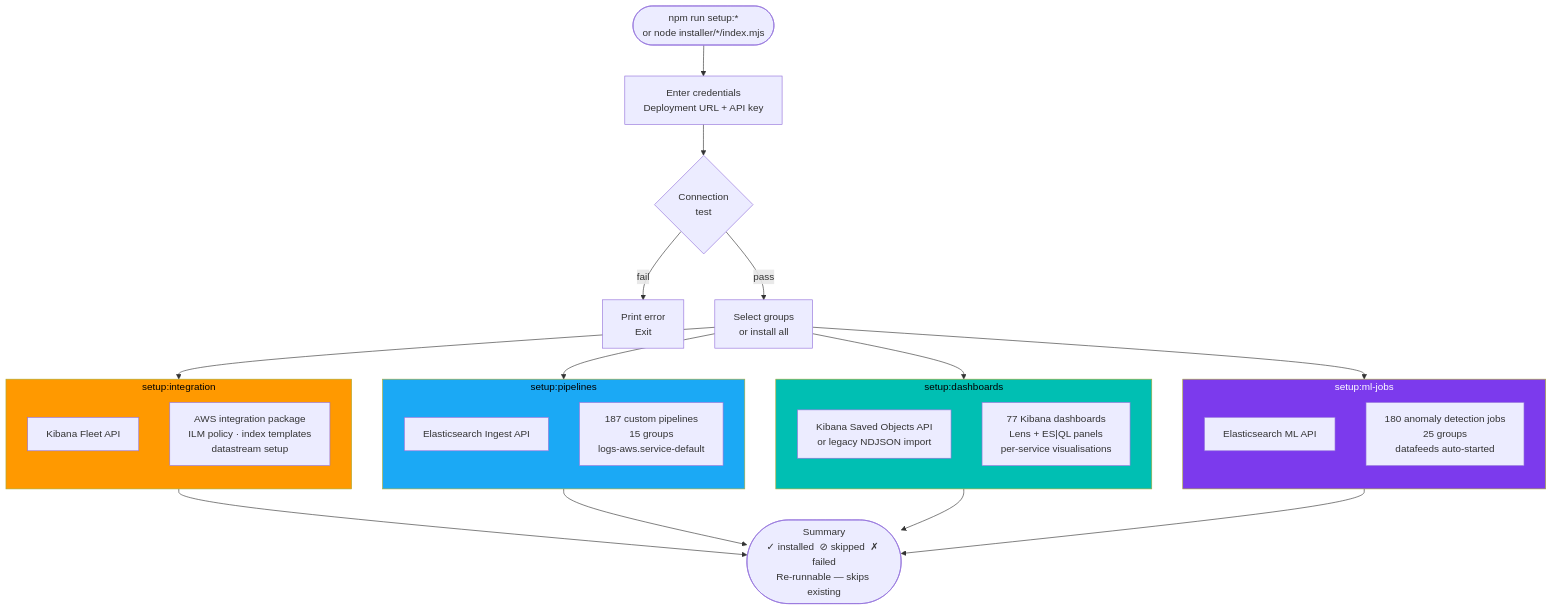
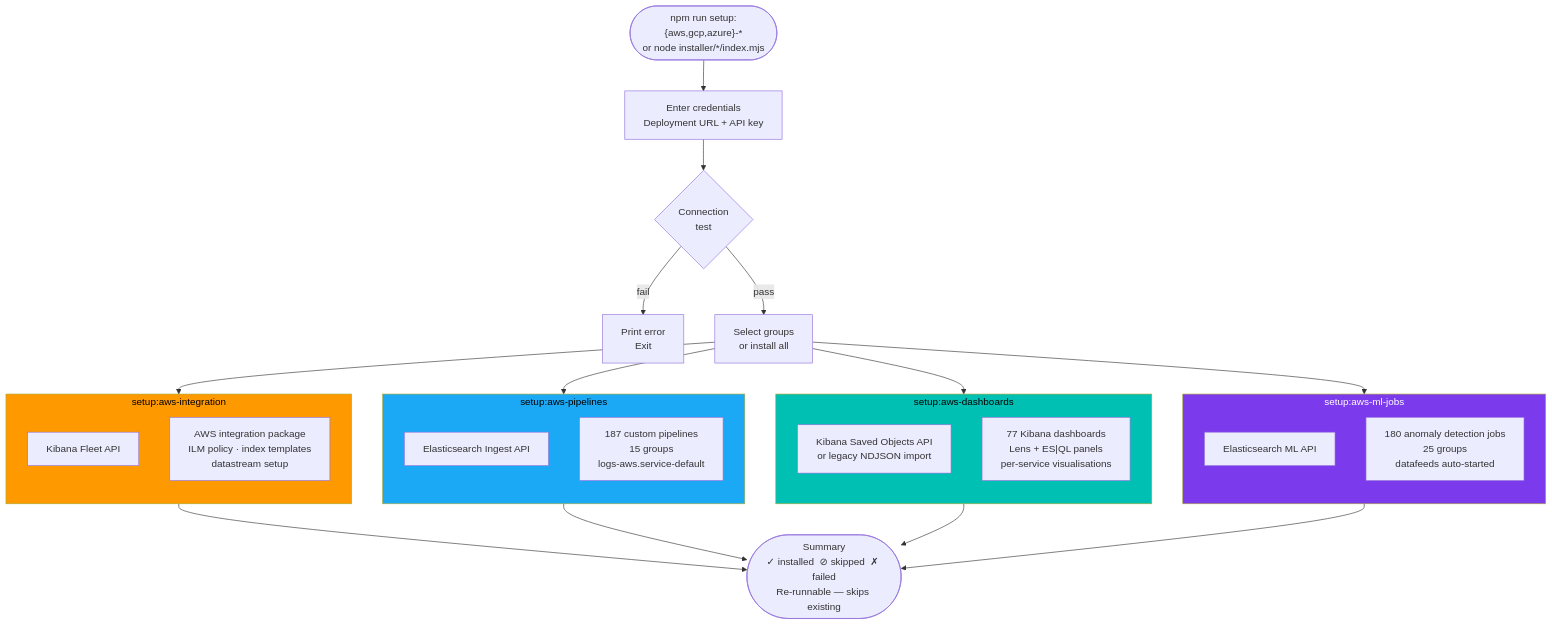
Before and after one commit to rkernutt/cloud-to-elastic-load-generator: the fourth of 14 diagrams in docs/diagrams.md, drawn with Mermaid. The commit also changed other lines of this file and 6279 other files, not shown here.

````diff
--- a/docs/diagrams.md
+++ b/docs/diagrams.md
@@ -301,47 +301,47 @@
 ```mermaid
 flowchart TD
-    START(["npm run setup:*\nor node installer/*/index.mjs"]) --> AUTH
+    START(["npm run setup:{aws,gcp,azure}-*\nor node installer/*/index.mjs"]) --> AUTH
 
     AUTH["Enter credentials\nDeployment URL + API key"]
     AUTH --> TEST{"Connection\ntest"}
     TEST -->|"fail"| ERR1["Print error\nExit"]
     TEST -->|"pass"| MENU["Select groups\nor install all"]
 
     MENU --> I1 & I2 & I3 & I4
 
-    subgraph I1["setup:integration"]
+    subgraph I1["setup:aws-integration"]
         direction TB
         A1["Kibana Fleet API"]
         A2["AWS integration package\nILM policy · index templates\ndatastream setup"]
     end
 
-    subgraph I2["setup:pipelines"]
+    subgraph I2["setup:aws-pipelines"]
         direction TB
         B1["Elasticsearch Ingest API"]
         B2["187 custom pipelines\n15 groups\nlogs-aws.service-default"]
     end
 
-    subgraph I3["setup:dashboards"]
+    subgraph I3["setup:aws-dashboards"]
         direction TB
         C1["Kibana Saved Objects API\nor legacy NDJSON import"]
         C2["77 Kibana dashboards\nLens + ES|QL panels\nper-service visualisations"]
     end
 
-    subgraph I4["setup:ml-jobs"]
+    subgraph I4["setup:aws-ml-jobs"]
         direction TB
         D1["Elasticsearch ML API"]
         D2["180 anomaly detection jobs\n25 groups\ndatafeeds auto-started"]
     end
 
     I1 --> DONE
     I2 --> DONE
     I3 --> DONE
     I4 --> DONE
 
     DONE(["Summary\n✓ installed  ⊘ skipped  ✗ failed\nRe-runnable — skips existing"])
 
     style I1 fill:#FF9900,color:#000
     style I2 fill:#1BA9F5,color:#000
     style I3 fill:#00BFB3,color:#000
     style I4 fill:#7C3AED,color:#fff
 ```
````
